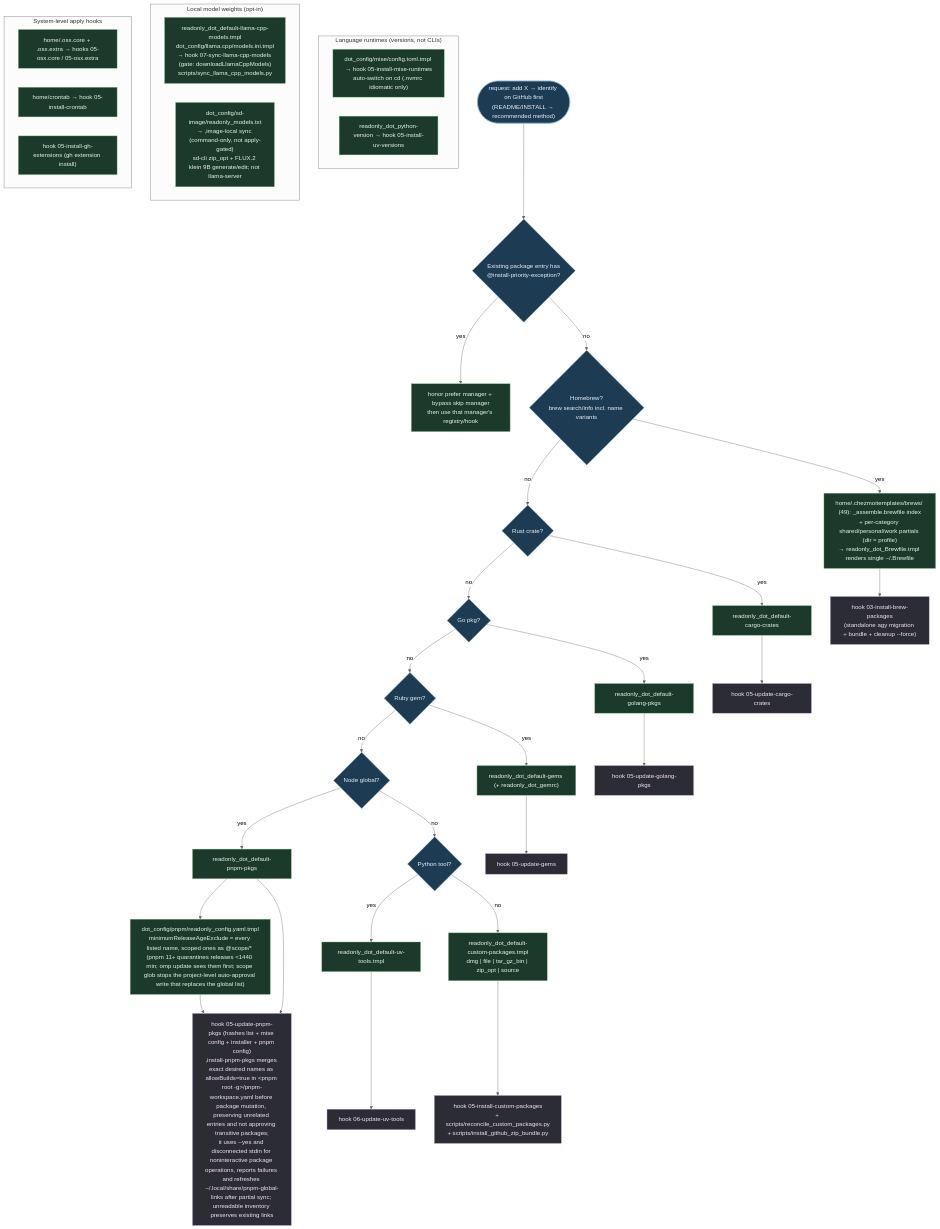
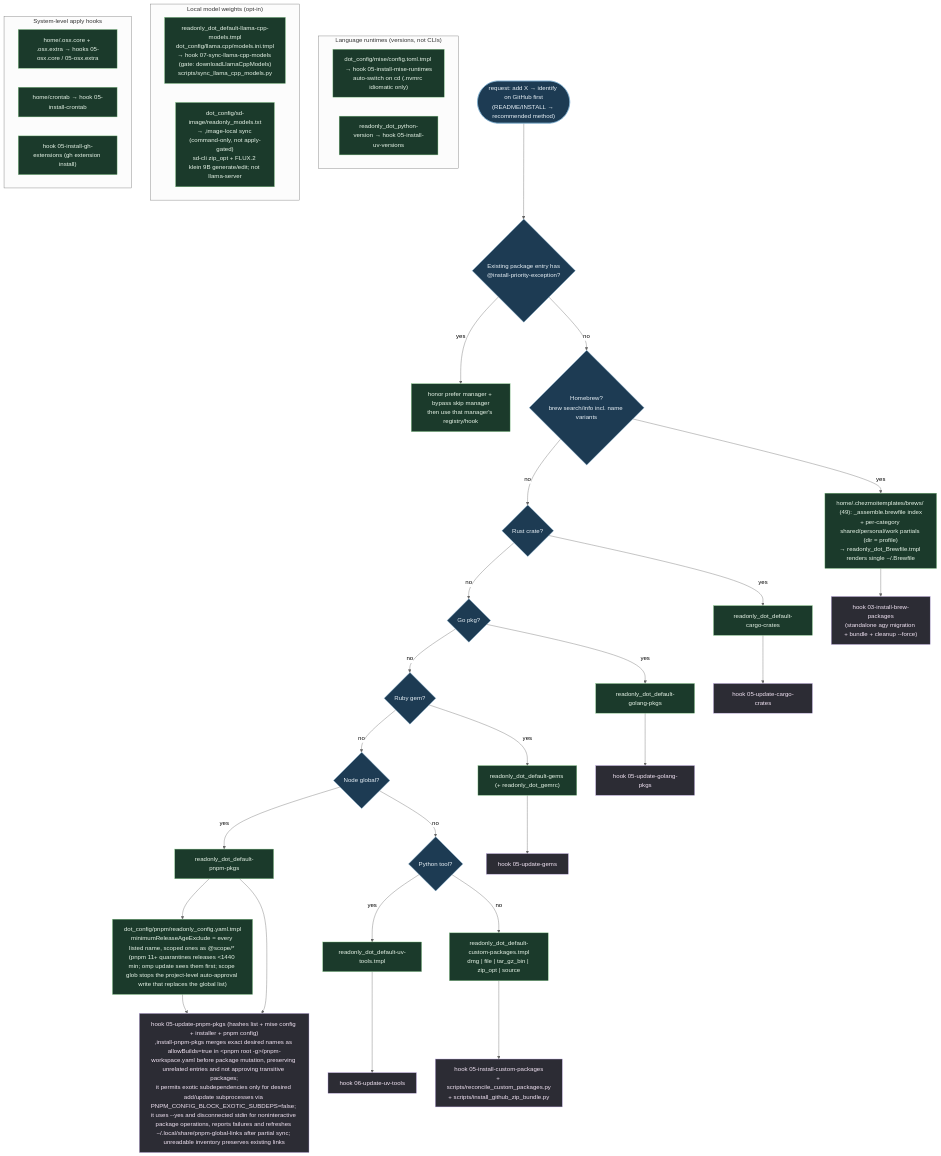
Before and after one commit to kapral18/dotfiles: the diagram in .mermaids/02-package-management.mmd, drawn with Mermaid (neutral theme). The commit also changed 6 other files, not shown here.

First line of the commit message:
feat(pnpm): allow exotic subdependencies for desired package installs and updates

```diff
--- a/.mermaids/02-package-management.mmd
+++ b/.mermaids/02-package-management.mmd
@@ -1,54 +1,54 @@
 %% ============================================================================
 %% 02-package-management.mmd — "add X" decision ladder + every declarative
 %% package list and its sync hook. Honor colocated priority exceptions, otherwise
 %% stop at the first suitable match top-down.
 %% Lists live at home/readonly_dot_default-* (deployed to ~/.default-*).
 %% ============================================================================
 flowchart TD
     classDef q fill:#1d3b53,stroke:#7fb3d5,color:#eaf2f8;
     classDef reg fill:#1b3a2b,stroke:#81c784,color:#e8f5e9;
     classDef hook fill:#2c2c34,stroke:#b39ddb,color:#f3e5f5;
 
     ADD(["request: add X → identify on GitHub first<br/>(README/INSTALL → recommended method)"]):::q
 
     ADD --> EXCEPTION{"Existing package entry has<br/>@install-priority-exception?"}:::q
     EXCEPTION -- yes --> OVERRIDE["honor prefer manager + bypass skip manager<br/>then use that manager's registry/hook"]:::reg
     EXCEPTION -- no --> BREW{"Homebrew?<br/>brew search/info incl. name variants"}:::q
     BREW -- yes --> BREWF["home/.chezmoitemplates/brews/ (49): _assemble.brewfile index<br/>+ per-category shared/personal/work partials (dir = profile)<br/>→ readonly_dot_Brewfile.tmpl renders single ~/.Brewfile"]:::reg
     BREW -- no --> CARGO{Rust crate?}:::q
     CARGO -- yes --> CARGOF["readonly_dot_default-cargo-crates"]:::reg
     CARGO -- no --> GO{Go pkg?}:::q
     GO -- yes --> GOF["readonly_dot_default-golang-pkgs"]:::reg
     GO -- no --> GEM{Ruby gem?}:::q
     GEM -- yes --> GEMF["readonly_dot_default-gems (+ readonly_dot_gemrc)"]:::reg
     GEM -- no --> PNPM{Node global?}:::q
     PNPM -- yes --> PNPMF["readonly_dot_default-pnpm-pkgs"]:::reg
     PNPM -- no --> UV{Python tool?}:::q
     UV -- yes --> UVF["readonly_dot_default-uv-tools.tmpl"]:::reg
     UV -- no --> CUSTOM["readonly_dot_default-custom-packages.tmpl<br/>dmg | file | tar_gz_bin | zip_opt | source"]:::reg
 
     BREWF --> H3["hook 03-install-brew-packages<br/>(standalone agy migration + bundle + cleanup --force)"]:::hook
     CARGOF --> H5c["hook 05-update-cargo-crates"]:::hook
     GOF --> H5g["hook 05-update-golang-pkgs"]:::hook
     GEMF --> H5r["hook 05-update-gems"]:::hook
     PNPMF --> PNPMCFG["dot_config/pnpm/readonly_config.yaml.tmpl<br/>minimumReleaseAgeExclude = every listed name, scoped ones as @scope/* (pnpm 11+ quarantines releases &lt;1440 min; omp update sees them first; scope glob stops the project-level auto-approval write that replaces the global list)"]:::reg
     PNPMCFG --> H5p
-    PNPMF --> H5p["hook 05-update-pnpm-pkgs (hashes list + mise config + installer + pnpm config)<br/>,install-pnpm-pkgs merges exact desired names as allowBuilds=true in &lt;pnpm root -g&gt;/pnpm-workspace.yaml before package mutation, preserving unrelated entries and not approving transitive packages;<br/>it uses --yes and disconnected stdin for noninteractive package operations, reports failures and refreshes ~/.local/share/pnpm-global-links after partial sync; unreadable inventory preserves existing links"]:::hook
+    PNPMF --> H5p["hook 05-update-pnpm-pkgs (hashes list + mise config + installer + pnpm config)<br/>,install-pnpm-pkgs merges exact desired names as allowBuilds=true in &lt;pnpm root -g&gt;/pnpm-workspace.yaml before package mutation, preserving unrelated entries and not approving transitive packages;<br/>it permits exotic subdependencies only for desired add/update subprocesses via PNPM_CONFIG_BLOCK_EXOTIC_SUBDEPS=false; it uses --yes and disconnected stdin for noninteractive package operations, reports failures and refreshes ~/.local/share/pnpm-global-links after partial sync; unreadable inventory preserves existing links"]:::hook
     UVF --> H6["hook 06-update-uv-tools"]:::hook
     CUSTOM --> H5x["hook 05-install-custom-packages<br/>+ scripts/reconcile_custom_packages.py<br/>+ scripts/install_github_zip_bundle.py"]:::hook
 
     subgraph RUNTIMES["Language runtimes (versions, not CLIs)"]
         MISE["dot_config/mise/config.toml.tmpl → hook 05-install-mise-runtimes<br/>auto-switch on cd (.nvmrc idiomatic only)"]:::reg
         PYV["readonly_dot_python-version → hook 05-install-uv-versions"]:::reg
     end
 
     subgraph LOCALAI["Local model weights (opt-in)"]
         LLAMA["readonly_dot_default-llama-cpp-models.tmpl<br/>dot_config/llama.cpp/models.ini.tmpl<br/>→ hook 07-sync-llama-cpp-models (gate: downloadLlamaCppModels)<br/>scripts/sync_llama_cpp_models.py"]:::reg
         SDIMAGE["dot_config/sd-image/readonly_models.txt<br/>→ ,image-local sync (command-only, not apply-gated)<br/>sd-cli zip_opt + FLUX.2 klein 9B generate/edit; not llama-server"]:::reg
     end
 
     subgraph SYSTEM["System-level apply hooks"]
         OSX["home/.osx.core + .osx.extra → hooks 05-osx.core / 05-osx.extra"]:::reg
         CRON["home/crontab → hook 05-install-crontab"]:::reg
         GHEXT["hook 05-install-gh-extensions (gh extension install)"]:::reg
     end
```
